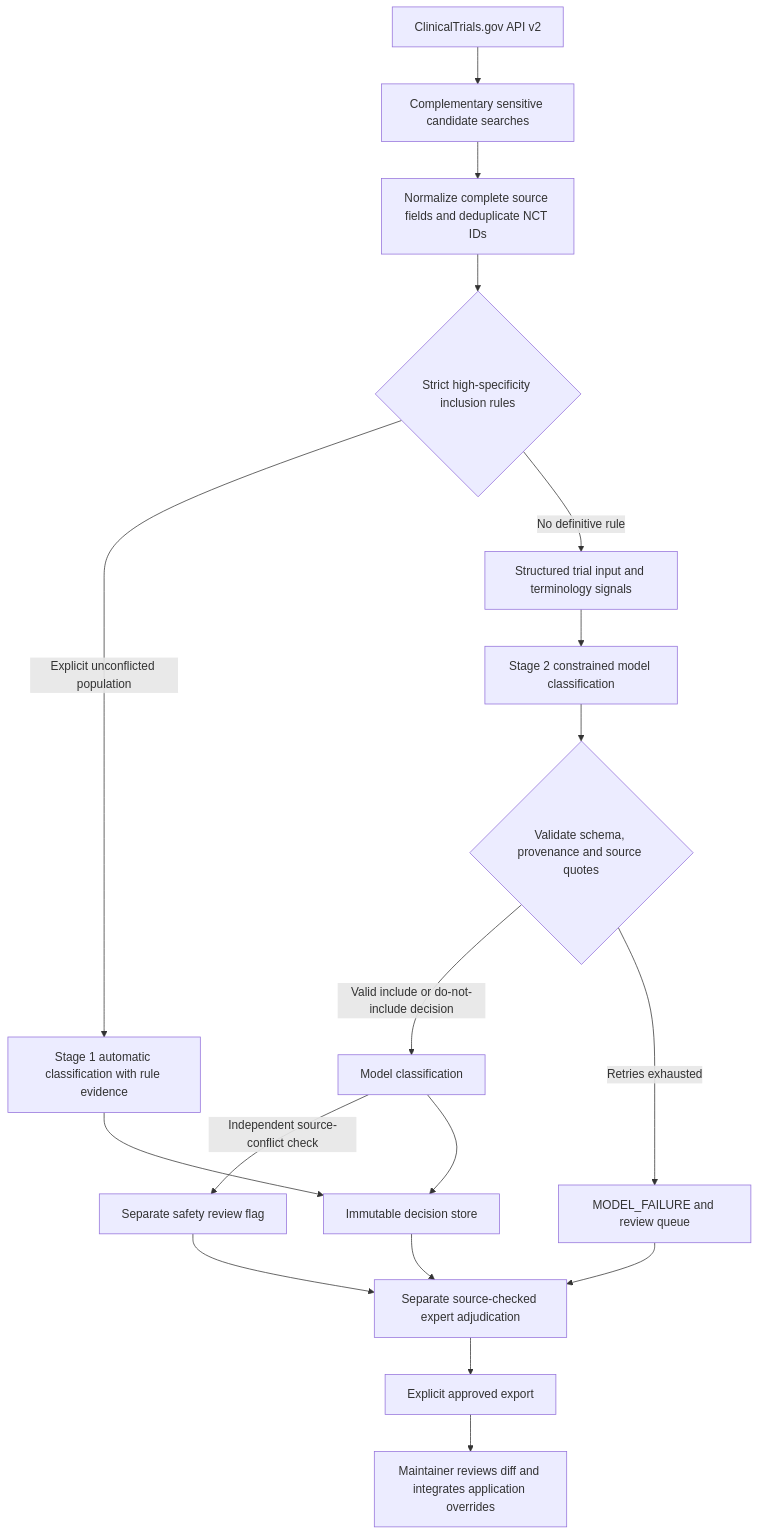
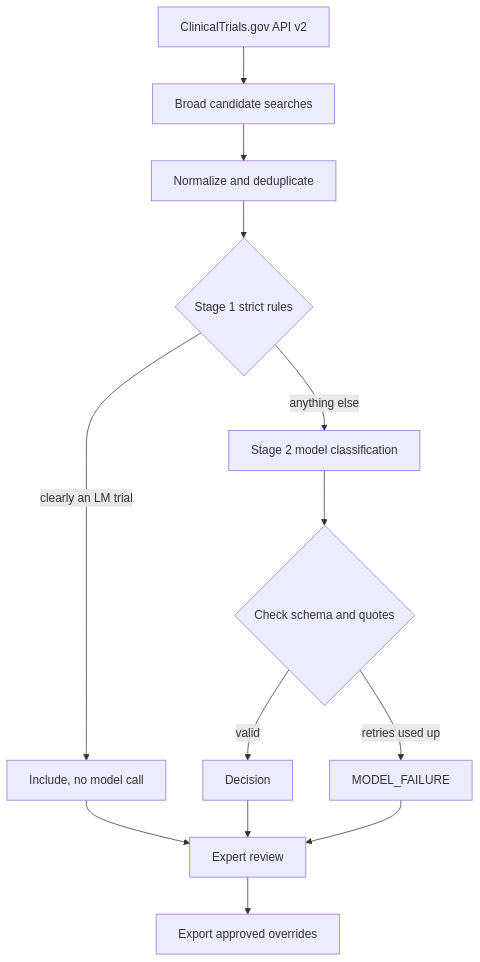
The diagram in agent-harness/README.md (tejgluth/LeptoTrials), drawn with Mermaid before and after one commit. The commit also changed other lines of this file and 13 other files, not shown here.

````diff
--- a/agent-harness/README.md
+++ b/agent-harness/README.md
@@ -21,20 +14,15 @@
 ```mermaid
 flowchart TD
-    A[ClinicalTrials.gov API v2] --> B[Complementary sensitive candidate searches]
-    B --> C[Normalize complete source fields and deduplicate NCT IDs]
-    C --> D{Strict high-specificity inclusion rules}
-    D -->|Explicit unconflicted population| E[Stage 1 automatic classification with rule evidence]
-    D -->|No definitive rule| F[Structured trial input and terminology signals]
-    F --> G[Stage 2 constrained model classification]
-    G --> H{Validate schema, provenance and source quotes}
-    H -->|Valid include or do-not-include decision| I[Model classification]
-    I -->|Independent source-conflict check| J[Separate safety review flag]
-    H -->|Retries exhausted| K[MODEL_FAILURE and review queue]
-    E --> L[Immutable decision store]
-    I --> L
-    J --> M[Separate source-checked expert adjudication]
-    K --> M
-    L --> M
-    M --> N[Explicit approved export]
-    N --> O[Maintainer reviews diff and integrates application overrides]
+    A[ClinicalTrials.gov API v2] --> B[Broad candidate searches]
+    B --> C[Normalize and deduplicate]
+    C --> D{Stage 1 strict rules}
+    D -->|clearly an LM trial| E[Include, no model call]
+    D -->|anything else| F[Stage 2 model classification]
+    F --> G{Check schema and quotes}
+    G -->|valid| H[Decision]
+    G -->|retries used up| I[MODEL_FAILURE]
+    E --> J[Expert review]
+    H --> J
+    I --> J
+    J --> K[Export approved overrides]
 ```
````
